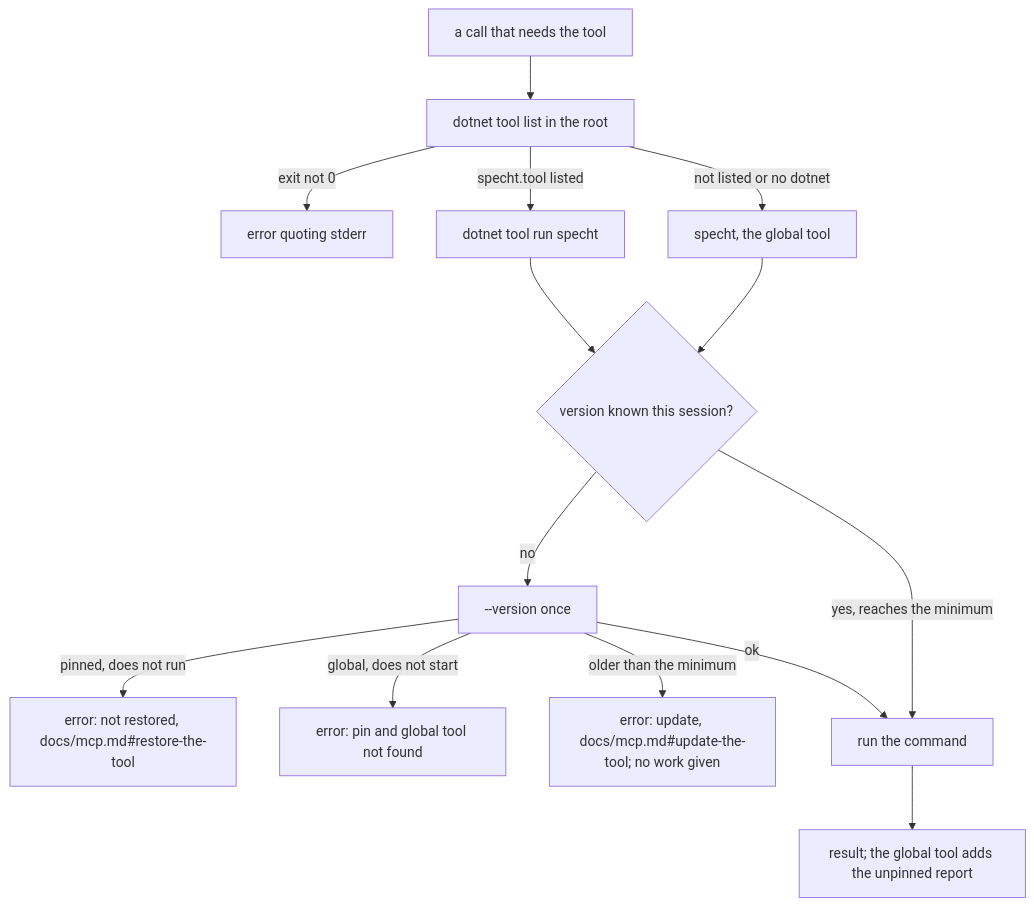
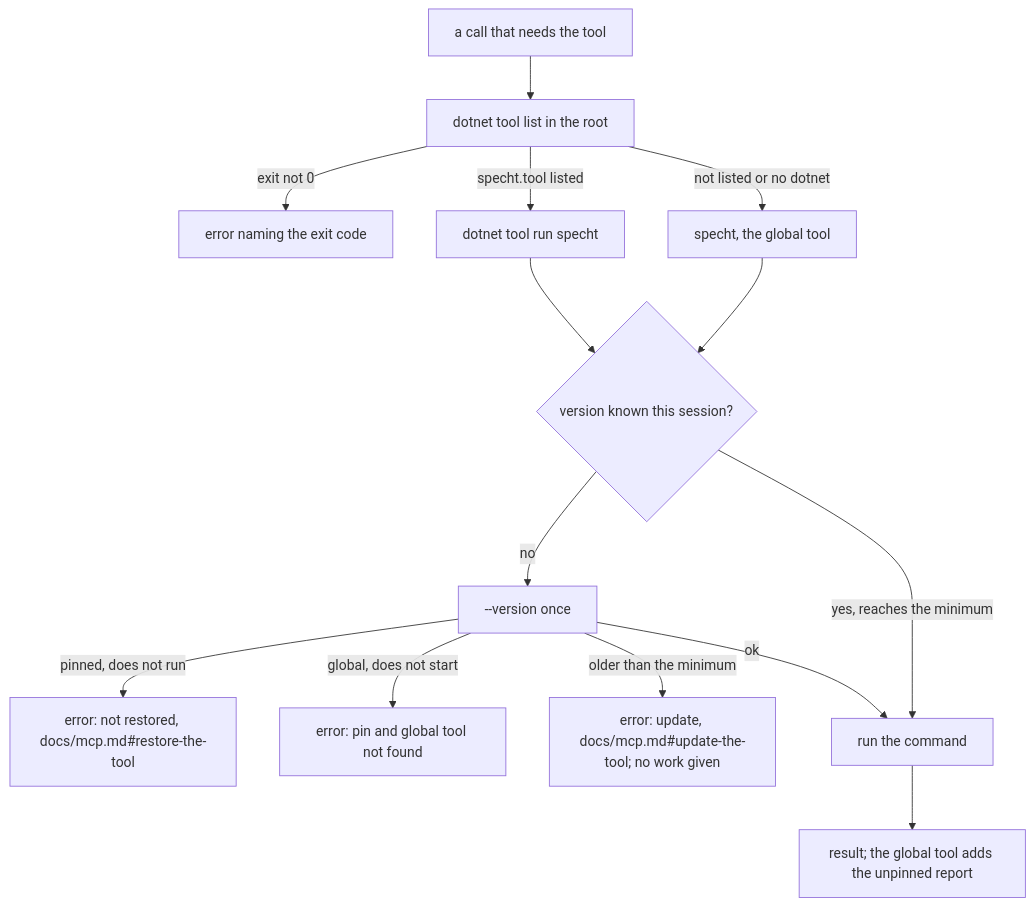
One commit to RLittlesII/specht changed the second of 2 diagrams in src/mcp/.spec/README.md. Above: the diagram before and after it, drawn with Mermaid. The commit also changed other lines of this file and 7 other files, not shown here.

````diff
--- a/src/mcp/.spec/README.md
+++ b/src/mcp/.spec/README.md
@@ -202,16 +204,16 @@
 ```mermaid
 flowchart TD
     A[a call that needs the tool] --> B[dotnet tool list in the root]
-    B -- exit not 0 --> X[error quoting stderr]
+    B -- exit not 0 --> X[error naming the exit code]
     B -- specht.tool listed --> C[dotnet tool run specht]
     B -- not listed or no dotnet --> D[specht, the global tool]
     C --> E{version known this session?}
     D --> E
     E -- no --> F[--version once]
     F -- pinned, does not run --> R[error: not restored, docs/mcp.md#restore-the-tool]
     F -- global, does not start --> N[error: pin and global tool not found]
     F -- older than the minimum --> U[error: update, docs/mcp.md#update-the-tool; no work given]
     F -- ok --> G[run the command]
     E -- yes, reaches the minimum --> G
     G --> H[result; the global tool adds the unpinned report]
 ```
````
